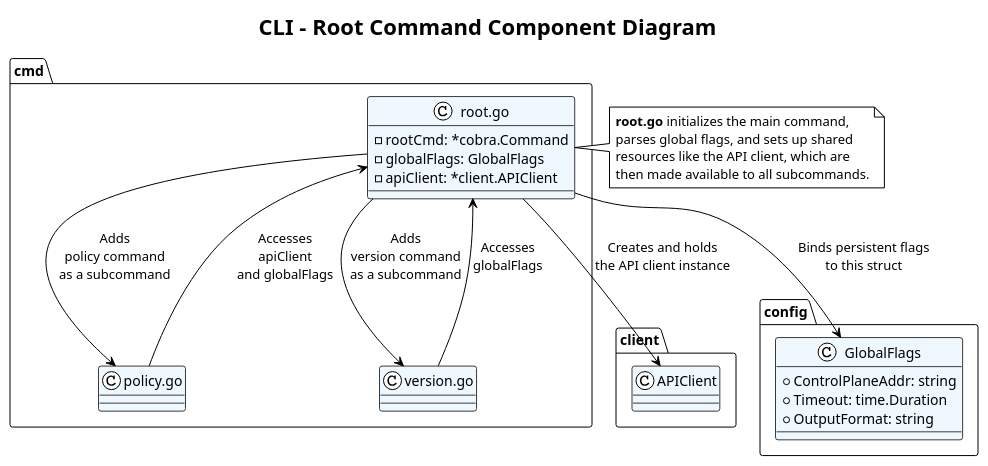
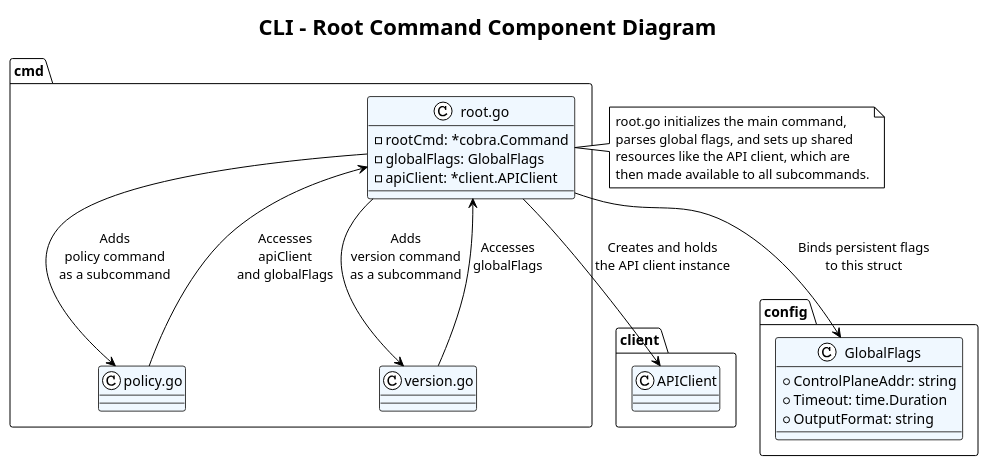
The second of 8 diagrams in executor/docs/design_doc/Design_3_CLI.md (kalahetun/Minesweeper), drawn with PlantUML before and after one commit. The commit also changed other lines of this file and 27 other files, not shown here.

````diff
--- a/executor/docs/design_doc/Design_3_CLI.md
+++ b/executor/docs/design_doc/Design_3_CLI.md
@@ -90,49 +90,49 @@
 ```plantuml
 @startuml
 !theme plain
 skinparam class {
     BorderColor #3A3A3A
     BackgroundColor #AliceBlue
 }
 
 title CLI - Root Command Component Diagram
 
 package "cmd" {
     class "root.go" as Root {
         - rootCmd: *cobra.Command
         - globalFlags: GlobalFlags
         - apiClient: *client.APIClient
     }
 
     class "policy.go" as PolicyCmd
     class "version.go" as VersionCmd
 }
 
 package "client" {
     class "APIClient" as Client
 }
 
 package "config" {
     class "GlobalFlags" as Flags {
         + ControlPlaneAddr: string
         + Timeout: time.Duration
         + OutputFormat: string
     }
 }
 
 Root --> PolicyCmd: Adds\npolicy command\nas a subcommand
 Root --> VersionCmd: Adds\nversion command\nas a subcommand
 Root --> Client: Creates and holds\nthe API client instance
 Root --> Flags: Binds persistent flags\nto this struct
 
 PolicyCmd --> Root: Accesses\napiClient\nand globalFlags
 VersionCmd --> Root: Accesses\nglobalFlags
 
 note right of Root
-  **root.go** initializes the main command,
+  root.go initializes the main command,
   parses global flags, and sets up shared
   resources like the API client, which are
   then made available to all subcommands.
 end note
 @enduml
 ```
````
